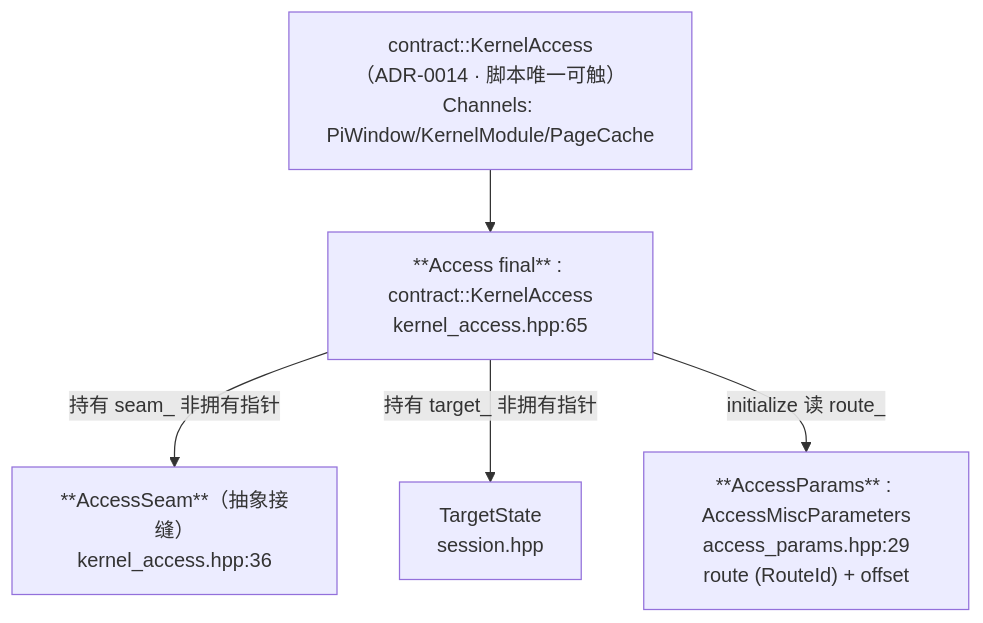
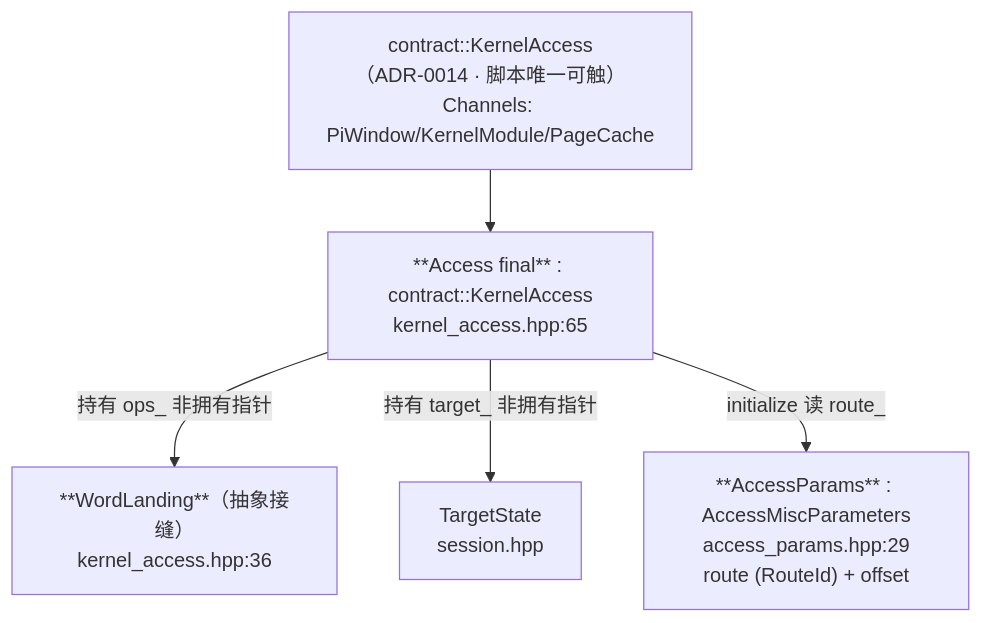
One commit to YuKongA/ghostlock-app changed the first of 2 diagrams in docs/analysis/43499-kernel-access-lifetime.md. Above: the diagram before and after it, drawn with Mermaid. The commit also changed other lines of this file and 270 other files, not shown here.

First line of the commit message:
refactor(naming): R2 - the 43499 landing primitives lose the word 'seam'

````diff
--- a/docs/analysis/43499-kernel-access-lifetime.md
+++ b/docs/analysis/43499-kernel-access-lifetime.md
@@ -7,12 +7,12 @@
 ```mermaid
 flowchart TD
     C["contract::KernelAccess<br/>（ADR-0014 · 脚本唯一可触）<br/>Channels: PiWindow/KernelModule/PageCache"]
     A["**Access final** : contract::KernelAccess<br/>kernel_access.hpp:65"]
-    S["**AccessSeam**（抽象接缝）<br/>kernel_access.hpp:36"]
+    S["**WordLanding**（抽象接缝）<br/>kernel_access.hpp:36"]
     P["**AccessParams** : AccessMiscParameters<br/>access_params.hpp:29<br/>route (RouteId) + offset"]
     T["TargetState<br/>session.hpp"]
     C --> A
-    A -->|持有 seam_ 非拥有指针| S
+    A -->|持有 ops_ 非拥有指针| S
     A -->|持有 target_ 非拥有指针| T
     A -->|initialize 读 route_| P
 ```
````
